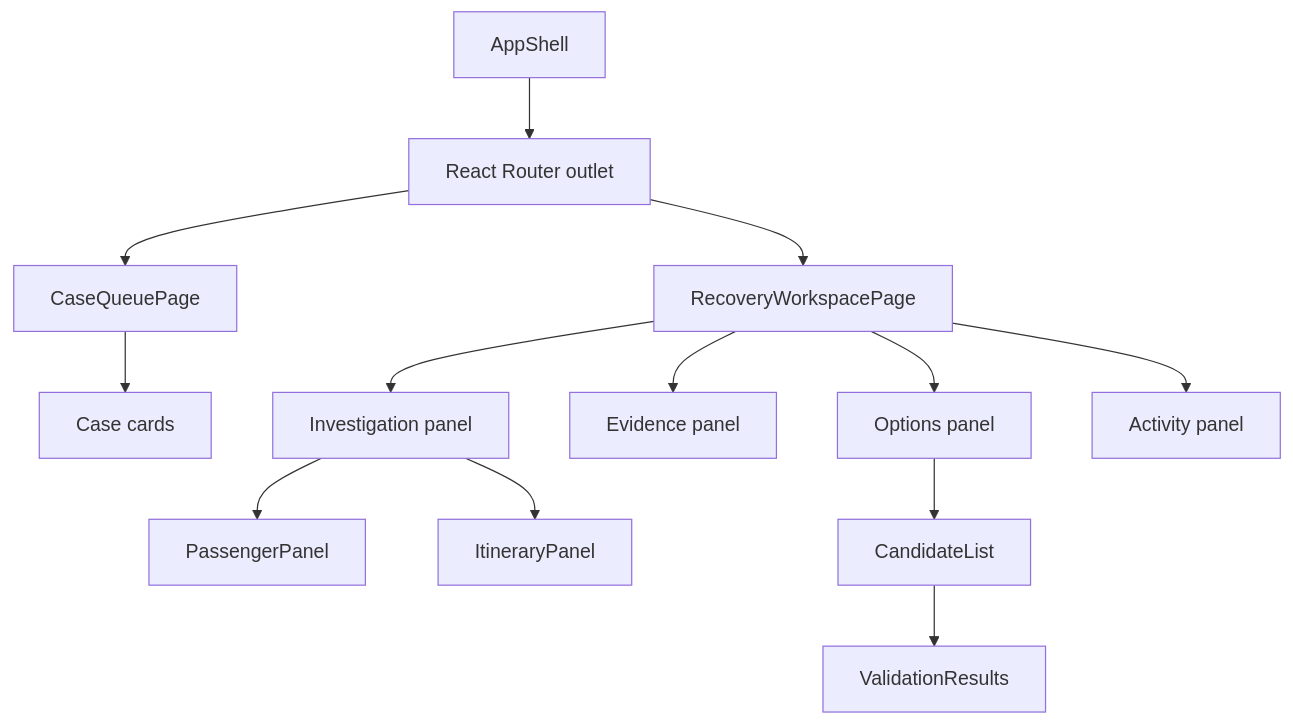
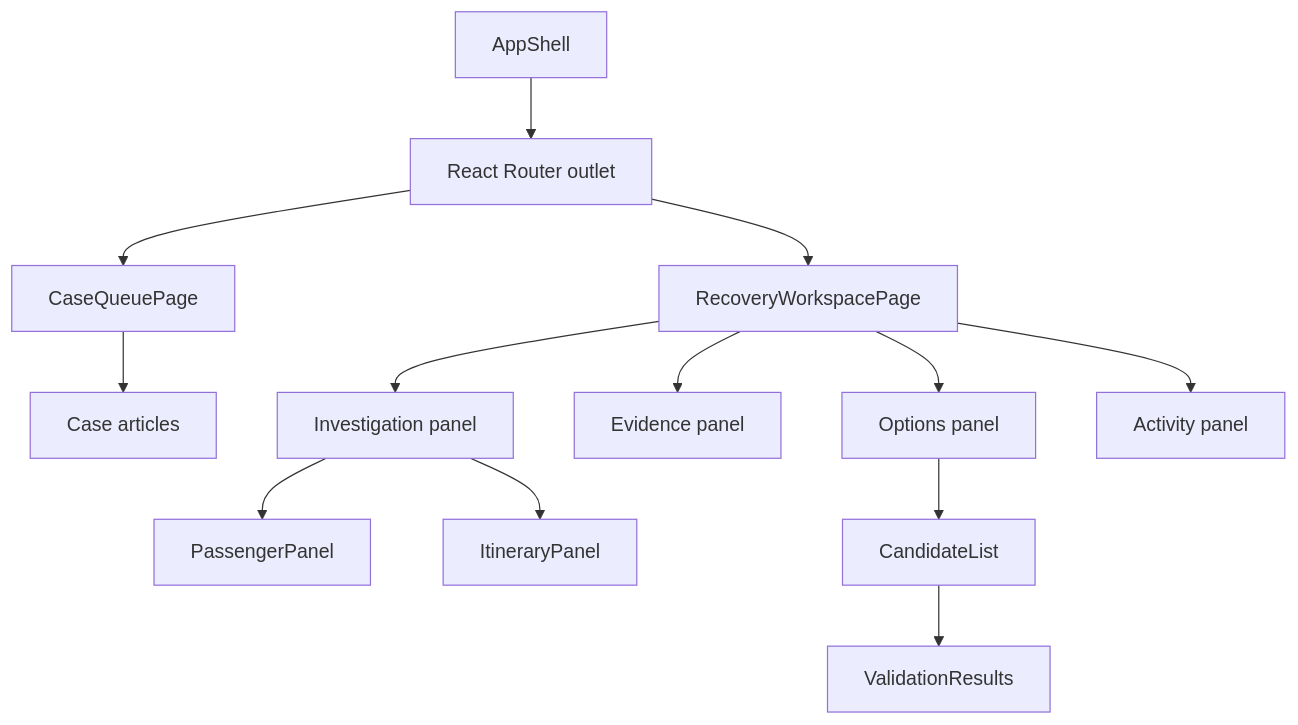
The fourth of 4 diagrams in docs/notes/phase-5.md (spolovynko/travelops-recovery-agent), drawn with Mermaid before and after one commit. The commit also changed other lines of this file and 25 other files, not shown here.

````diff
--- a/docs/notes/phase-5.md
+++ b/docs/notes/phase-5.md
@@ -86,15 +782,15 @@
 ```mermaid
 flowchart TD
     SHELL["AppShell"] --> ROUTER["React Router outlet"]
     ROUTER --> QUEUE["CaseQueuePage"]
     ROUTER --> WORKSPACE["RecoveryWorkspacePage"]
-    QUEUE --> CARD["Case cards"]
+    QUEUE --> CARD["Case articles"]
     WORKSPACE --> INVEST["Investigation panel"]
     WORKSPACE --> EVIDENCE["Evidence panel"]
     WORKSPACE --> OPTIONS["Options panel"]
     WORKSPACE --> ACTIVITY["Activity panel"]
     INVEST --> PASSENGER["PassengerPanel"]
     INVEST --> ITINERARY["ItineraryPanel"]
     OPTIONS --> CANDIDATES["CandidateList"]
     CANDIDATES --> VALIDATION["ValidationResults"]
 ```
````
